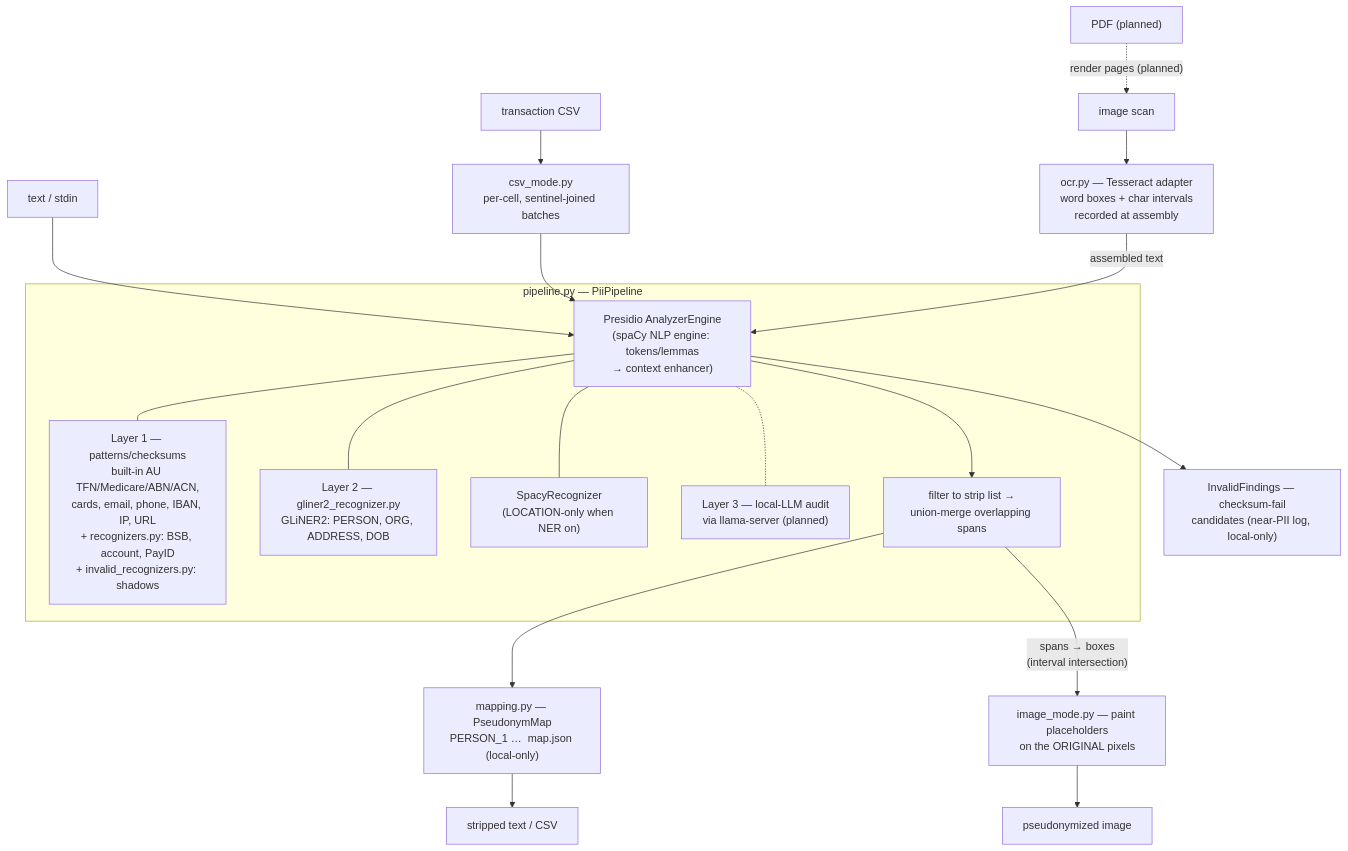
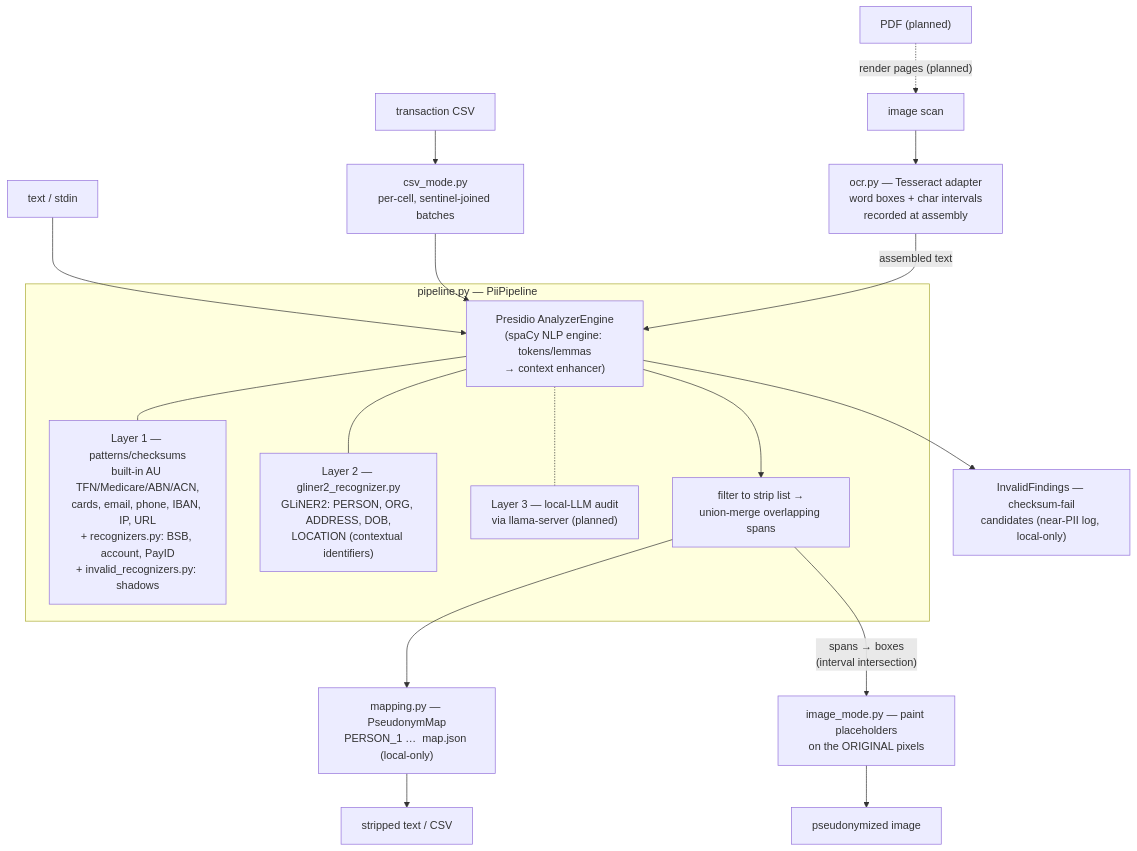
The diagram in pii/ARCHITECTURE.md (skoulik/BrokerAI), drawn with Mermaid before and after one commit. The commit also changed other lines of this file and 14 other files, not shown here.

````diff
--- a/pii/ARCHITECTURE.md
+++ b/pii/ARCHITECTURE.md
@@ -44,35 +44,33 @@
 ```mermaid
 flowchart TB
     TXT["text / stdin"]
     CSV["transaction CSV"]
     IMG["image scan"]
     PDF["PDF (planned)"]
 
     PDF -. "render pages (planned)" .-> IMG
     IMG --> OCRPY["ocr.py — Tesseract adapter<br>word boxes + char intervals<br>recorded at assembly"]
     CSV --> CSVM["csv_mode.py<br>per-cell, sentinel-joined batches"]
 
     TXT --> AE
     CSVM --> AE
     OCRPY -- "assembled text" --> AE
 
     subgraph PIPE["pipeline.py — PiiPipeline"]
         AE["Presidio AnalyzerEngine<br>(spaCy NLP engine: tokens/lemmas<br>→ context enhancer)"]
         L1["Layer 1 — patterns/checksums<br>built-in AU TFN/Medicare/ABN/ACN,<br>cards, email, phone, IBAN, IP, URL<br>+ recognizers.py: BSB, account, PayID<br>+ invalid_recognizers.py: shadows"]
-        L2["Layer 2 — gliner2_recognizer.py<br>GLiNER2: PERSON, ORG, ADDRESS, DOB"]
-        SPA["SpacyRecognizer<br>(LOCATION-only when NER on)"]
+        L2["Layer 2 — gliner2_recognizer.py<br>GLiNER2: PERSON, ORG, ADDRESS, DOB,<br>LOCATION (contextual identifiers)"]
         L3["Layer 3 — local-LLM audit<br>via llama-server (planned)"]
         MRG["filter to strip list →<br>union-merge overlapping spans"]
         AE --- L1
         AE --- L2
-        AE --- SPA
         AE -.- L3
         AE --> MRG
     end
 
     MRG --> PM["mapping.py — PseudonymMap<br>PERSON_1 …  map.json (local-only)"]
     AE --> INV["InvalidFindings — checksum-fail<br>candidates (near-PII log, local-only)"]
     PM --> OUT1["stripped text / CSV"]
     MRG -- "spans → boxes<br>(interval intersection)" --> PAINT["image_mode.py — paint placeholders<br>on the ORIGINAL pixels"]
     PAINT --> OUT2["pseudonymized image"]
 ```
````
